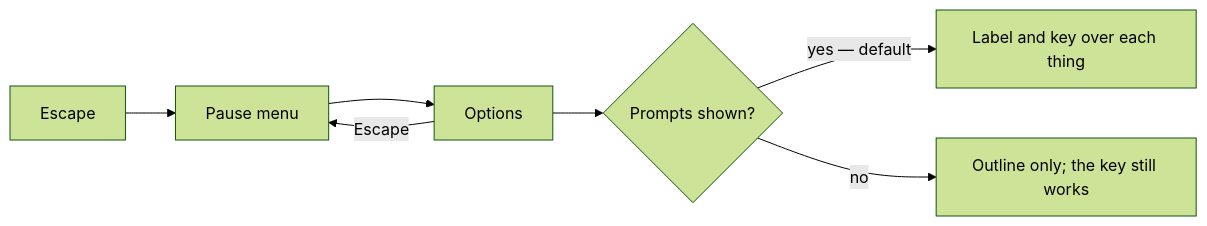
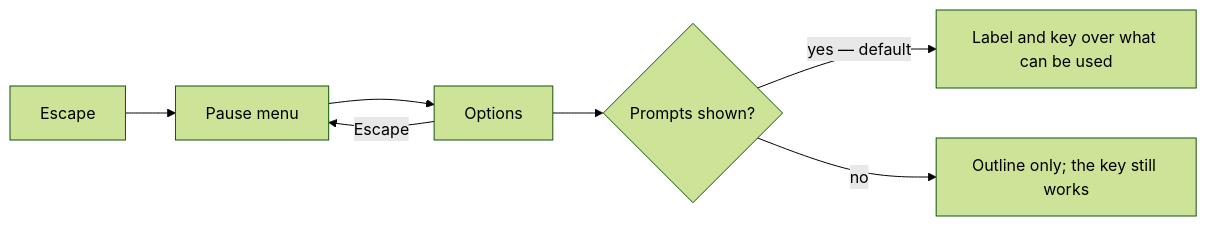
The diagram in apps/web/content/docs/proposals/infra/agent-console/world-settings.md (Esposter/Esposter), drawn with Mermaid (forest theme) before and after one commit. The commit also changed other lines of this file, not shown here.

````diff
--- a/apps/web/content/docs/proposals/infra/agent-console/world-settings.md
+++ b/apps/web/content/docs/proposals/infra/agent-console/world-settings.md
@@ -20,9 +20,9 @@
 ```mermaid
 flowchart LR
   E[Escape] --> P[Pause menu]
   P --> O[Options]
   O --> T{Prompts shown?}
-  T -->|yes — default| S[Label and key over each thing]
+  T -->|yes — default| S[Label and key over what can be used]
   T -->|no| N[Outline only; the key still works]
   O -->|Escape| P
 ```
````
